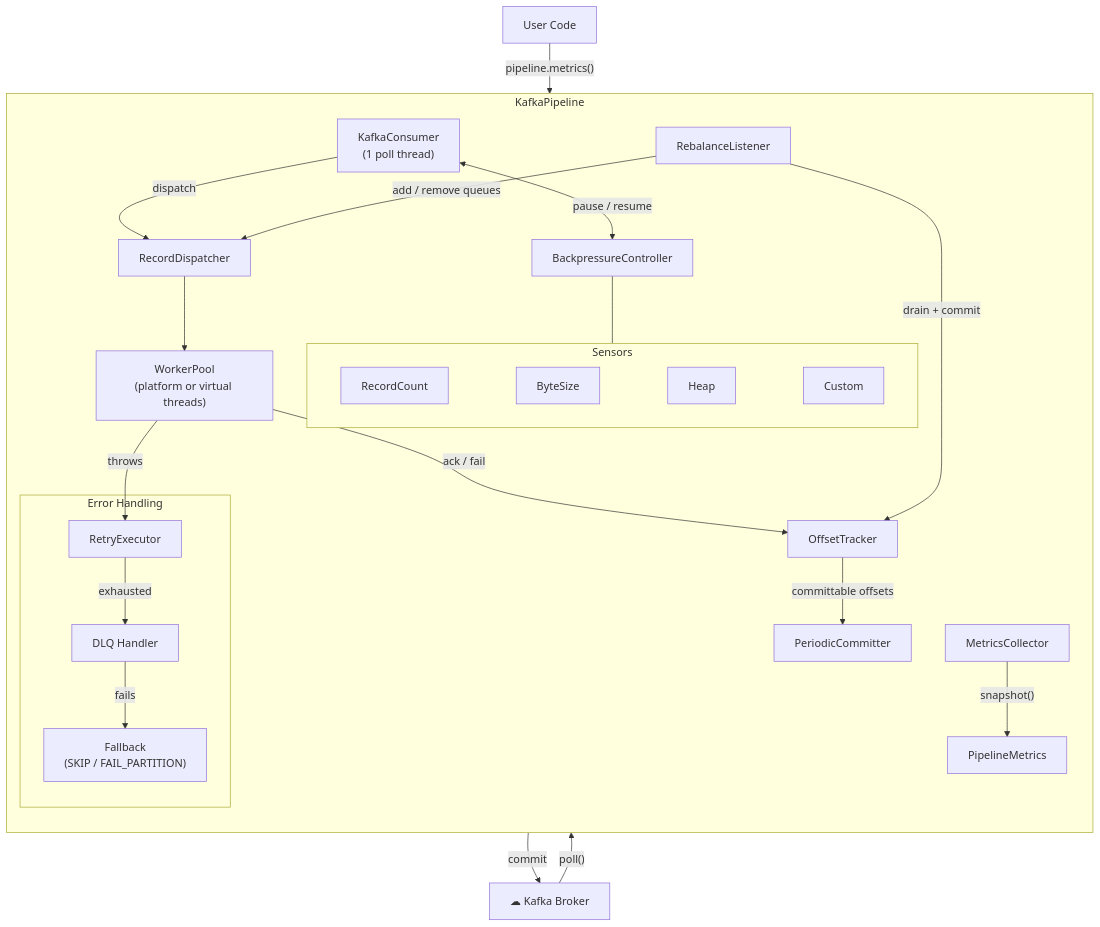
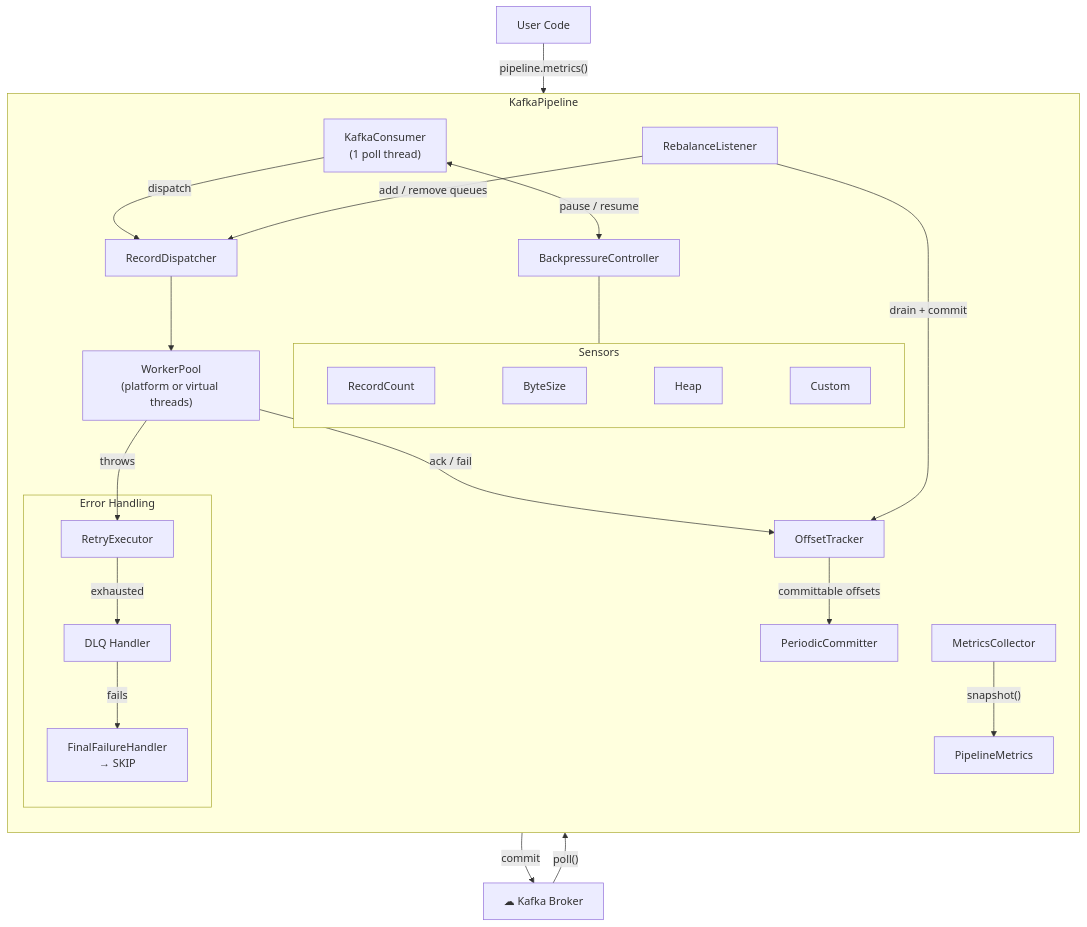
The diagram in README.md (openlogiclab/kafka-pipeline), drawn with Mermaid before and after one commit. The commit also changed other lines of this file and 26 other files, not shown here.

````diff
--- a/README.md
+++ b/README.md
@@ -89,38 +89,38 @@
 ```mermaid
 flowchart TB
   Broker["☁ Kafka Broker"]
 
   Broker -->|"poll()"| KafkaConsumer
   PeriodicCommitter -->|"commit"| Broker
 
   subgraph Pipeline["KafkaPipeline"]
     direction TB
 
     KafkaConsumer["KafkaConsumer\n(1 poll thread)"]
     KafkaConsumer <-->|"pause / resume"| BackpressureController
     BackpressureController --- Sensors
     subgraph Sensors["Sensors"]
       direction LR
       RecordCount["RecordCount"] ~~~ ByteSize["ByteSize"] ~~~ Heap["Heap"] ~~~ Custom["Custom"]
     end
 
     KafkaConsumer -->|"dispatch"| RecordDispatcher
     RecordDispatcher --> WorkerPool["WorkerPool\n(platform or virtual threads)"]
 
     WorkerPool -->|"ack / fail"| OffsetTracker
     OffsetTracker -->|"committable offsets"| PeriodicCommitter
 
     WorkerPool -->|"throws"| RetryExecutor
     subgraph ErrorHandling["Error Handling"]
       RetryExecutor -->|"exhausted"| DlqHandler["DLQ Handler"]
-      DlqHandler -->|"fails"| Fallback["Fallback\n(SKIP / FAIL_PARTITION)"]
+      DlqHandler -->|"fails"| FinalHandler["FinalFailureHandler\n→ SKIP"]
     end
 
     RebalanceListener -->|"drain + commit"| OffsetTracker
     RebalanceListener -->|"add / remove queues"| RecordDispatcher
 
     MetricsCollector -->|"snapshot()"| PipelineMetrics
   end
 
   UserCode["User Code"] -->|"pipeline.metrics()"| PipelineMetrics
 ```
````
